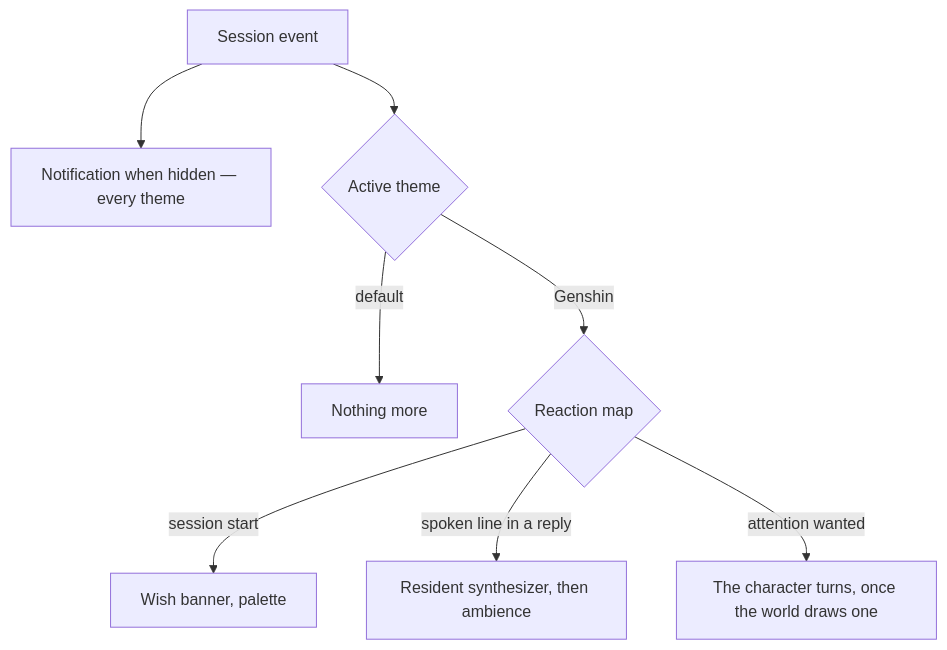
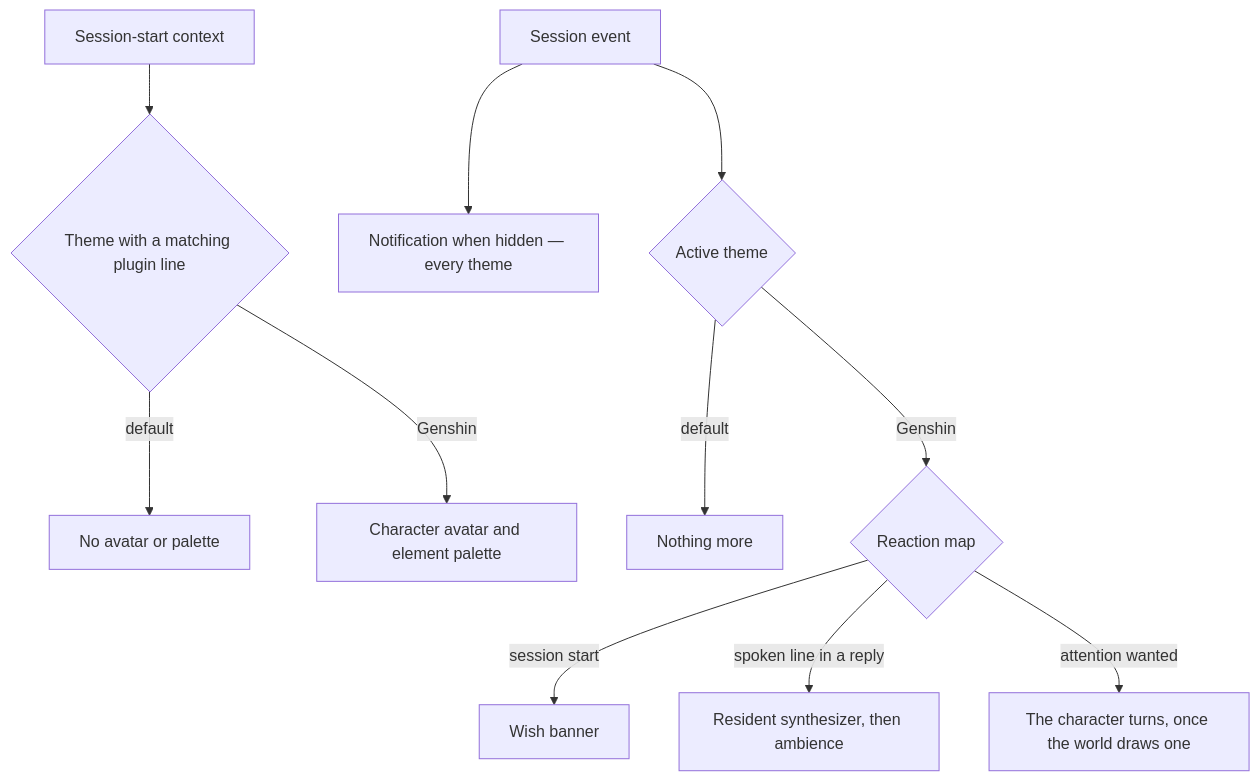
The diagram in apps/web/content/docs/proposals/infra/agent-console/themes.md (Esposter/Esposter), drawn with Mermaid before and after one commit. The commit also changed other lines of this file and 16 other files, not shown here.

Commit message:
feat(agent-console): apply element palette to sheet

````diff
--- a/apps/web/content/docs/proposals/infra/agent-console/themes.md
+++ b/apps/web/content/docs/proposals/infra/agent-console/themes.md
@@ -30,10 +30,13 @@
 ```mermaid
 flowchart TD
+  C[Session-start context] --> TH{Theme with a matching plugin line}
+  TH -->|default| D[No avatar or palette]
+  TH -->|Genshin| P[Character avatar and element palette]
   E[Session event] --> N[Notification when hidden — every theme]
-  E --> TH{Active theme}
-  TH -->|default| Q[Nothing more]
-  TH -->|Genshin| R{Reaction map}
-  R -->|session start| WB[Wish banner, palette]
+  E --> A{Active theme}
+  A -->|default| Q[Nothing more]
+  A -->|Genshin| R{Reaction map}
+  R -->|session start| WB[Wish banner]
   R -->|spoken line in a reply| SY[Resident synthesizer, then ambience]
   R -->|attention wanted| PO[The character turns, once the world draws one]
 ```
````
